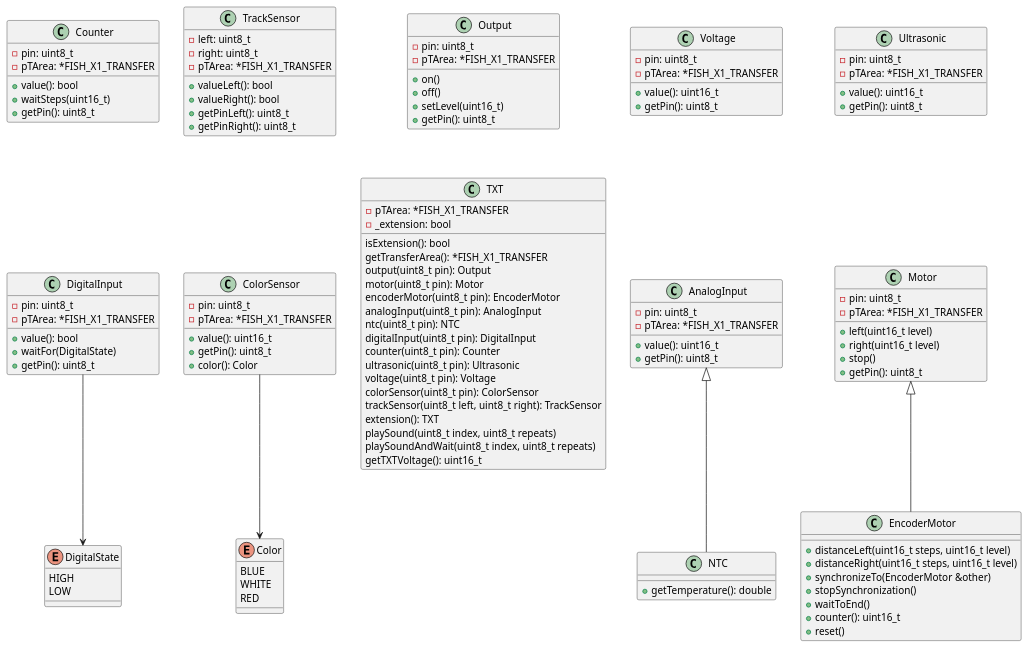
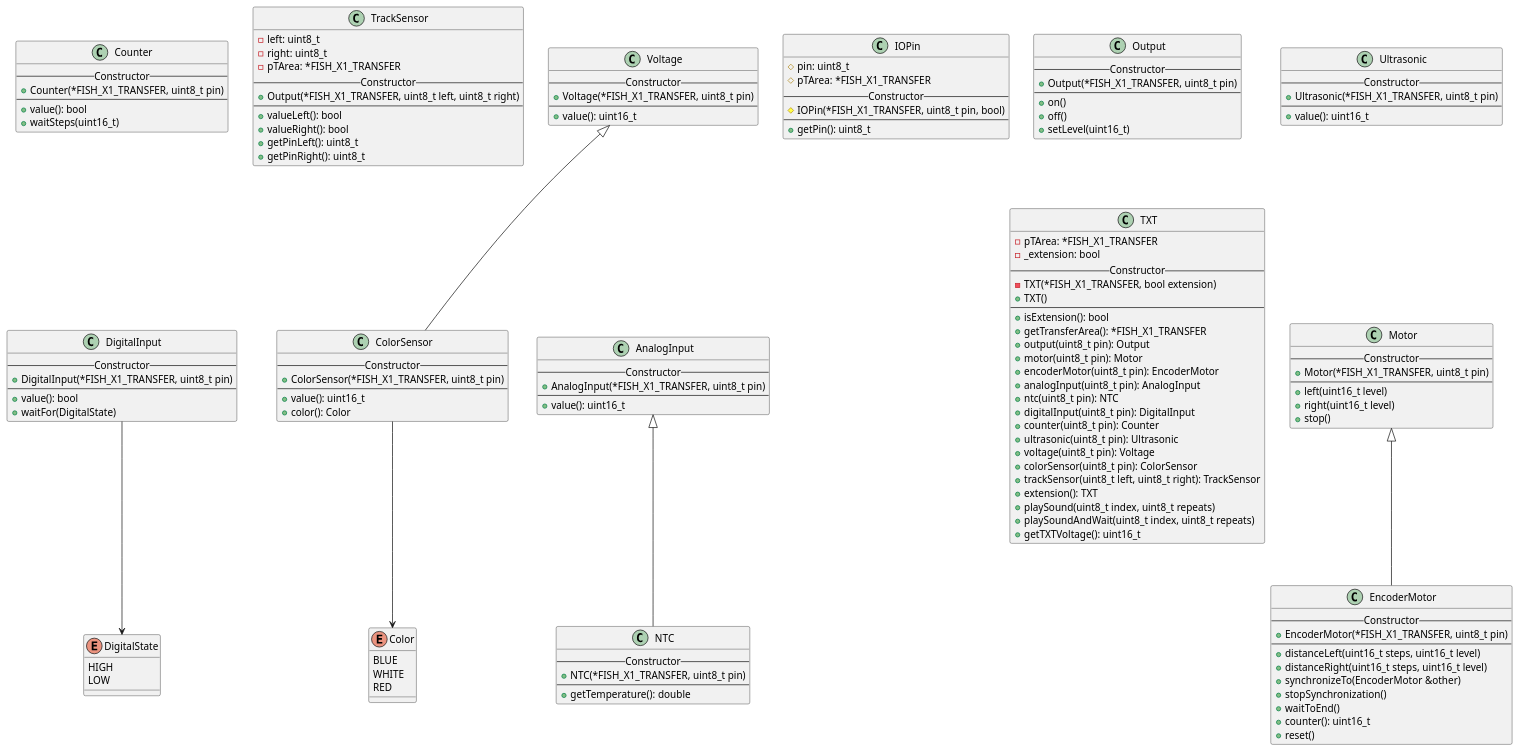
Before and after one commit to SchmidJoel/FischertechnikTXTApi: the first of 5 diagrams in documentation/api.pu, drawn with PlantUML. The commit also changed other lines of this file and 5 other files, not shown here.

Commit message:
updated Diagrams

```diff
--- a/documentation/api.pu
+++ b/documentation/api.pu
@@ -1,144 +1,158 @@
 @startuml low-level-api
+
+class IOPin {
+    #pin: uint8_t
+    #pTArea: *FISH_X1_TRANSFER
+    --Constructor--
+    #IOPin(*FISH_X1_TRANSFER, uint8_t pin, bool)
+    ----
+    +getPin(): uint8_t
+}
+
 class Output {
-    -pin: uint8_t
-    -pTArea: *FISH_X1_TRANSFER
-
+    --Constructor--
+    +Output(*FISH_X1_TRANSFER, uint8_t pin)
+    ----
     +on()
     +off()
     +setLevel(uint16_t)
-    +getPin(): uint8_t
 }
 
 class DigitalInput {
-    -pin: uint8_t
-    -pTArea: *FISH_X1_TRANSFER
-
+    --Constructor--
+    +DigitalInput(*FISH_X1_TRANSFER, uint8_t pin)
+    ----
     +value(): bool
     +waitFor(DigitalState)
-    +getPin(): uint8_t
 }
 
 class Counter {
-    -pin: uint8_t
-    -pTArea: *FISH_X1_TRANSFER
-
+    --Constructor--
+    +Counter(*FISH_X1_TRANSFER, uint8_t pin)
+    ----
     +value(): bool
     +waitSteps(uint16_t)
-    +getPin(): uint8_t
 }
 
 class AnalogInput {
-    -pin: uint8_t
-    -pTArea: *FISH_X1_TRANSFER
-
+    --Constructor--
+    +AnalogInput(*FISH_X1_TRANSFER, uint8_t pin)
+    ----
     +value(): uint16_t
-    +getPin(): uint8_t
 }
 
 class NTC {
+    --Constructor--
+    +NTC(*FISH_X1_TRANSFER, uint8_t pin)
+    ----
     +getTemperature(): double
 }
 
 class Ultrasonic {
-    -pin: uint8_t
-    -pTArea: *FISH_X1_TRANSFER
-
+    --Constructor--
+    +Ultrasonic(*FISH_X1_TRANSFER, uint8_t pin)
+    ----
     +value(): uint16_t
-    +getPin(): uint8_t
 }
 
 class ColorSensor {
-    -pin: uint8_t
-    -pTArea: *FISH_X1_TRANSFER
-
+    --Constructor--
+    +ColorSensor(*FISH_X1_TRANSFER, uint8_t pin)
+    ----
     +value(): uint16_t
-    +getPin(): uint8_t
     +color(): Color
 }
 
 class Voltage {
-    -pin: uint8_t
-    -pTArea: *FISH_X1_TRANSFER
-
+    --Constructor--
+    +Voltage(*FISH_X1_TRANSFER, uint8_t pin)
+    ----
     +value(): uint16_t
-    +getPin(): uint8_t
 }
 
 class TrackSensor {
     -left: uint8_t
     -right: uint8_t
     -pTArea: *FISH_X1_TRANSFER
-
+    --Constructor--
+    +Output(*FISH_X1_TRANSFER, uint8_t left, uint8_t right)
+    ----
     +valueLeft(): bool
     +valueRight(): bool
     +getPinLeft(): uint8_t
     +getPinRight(): uint8_t
 }
 
 class Motor {
-    -pin: uint8_t
-    -pTArea: *FISH_X1_TRANSFER
-
+    --Constructor--
+    +Motor(*FISH_X1_TRANSFER, uint8_t pin)
+    ----
     +left(uint16_t level)
     +right(uint16_t level)
     +stop()
-    +getPin(): uint8_t
 }
 
 class EncoderMotor {
+    --Constructor--
+    +EncoderMotor(*FISH_X1_TRANSFER, uint8_t pin)
+    ----
     +distanceLeft(uint16_t steps, uint16_t level)
     +distanceRight(uint16_t steps, uint16_t level)
     +synchronizeTo(EncoderMotor &other)
     +stopSynchronization()
     +waitToEnd()
     +counter(): uint16_t
     +reset()
 }
 
 class TXT {
     -pTArea: *FISH_X1_TRANSFER
     -_extension: bool
-
-    isExtension(): bool
-    getTransferArea(): *FISH_X1_TRANSFER
-    output(uint8_t pin): Output
-    motor(uint8_t pin): Motor
-    encoderMotor(uint8_t pin): EncoderMotor
-    analogInput(uint8_t pin): AnalogInput
-    ntc(uint8_t pin): NTC
-    digitalInput(uint8_t pin): DigitalInput
-    counter(uint8_t pin): Counter
-    ultrasonic(uint8_t pin): Ultrasonic
-    voltage(uint8_t pin): Voltage
-    colorSensor(uint8_t pin): ColorSensor
-    trackSensor(uint8_t left, uint8_t right): TrackSensor
-    extension(): TXT
-    playSound(uint8_t index, uint8_t repeats)
-    playSoundAndWait(uint8_t index, uint8_t repeats)
-    getTXTVoltage(): uint16_t
+    --Constructor--
+    -TXT(*FISH_X1_TRANSFER, bool extension)
+    +TXT()
+    ----
+    +isExtension(): bool
+    +getTransferArea(): *FISH_X1_TRANSFER
+    +output(uint8_t pin): Output
+    +motor(uint8_t pin): Motor
+    +encoderMotor(uint8_t pin): EncoderMotor
+    +analogInput(uint8_t pin): AnalogInput
+    +ntc(uint8_t pin): NTC
+    +digitalInput(uint8_t pin): DigitalInput
+    +counter(uint8_t pin): Counter
+    +ultrasonic(uint8_t pin): Ultrasonic
+    +voltage(uint8_t pin): Voltage
+    +colorSensor(uint8_t pin): ColorSensor
+    +trackSensor(uint8_t left, uint8_t right): TrackSensor
+    +extension(): TXT
+    +playSound(uint8_t index, uint8_t repeats)
+    +playSoundAndWait(uint8_t index, uint8_t repeats)
+    +getTXTVoltage(): uint16_t
 }
 
 enum Color {
     BLUE
     WHITE
     RED
 }
 
 enum DigitalState {
     HIGH
     LOW
 }
 
 AnalogInput <|-- NTC
+Voltage <|-- ColorSensor
 Motor <|-- EncoderMotor
 
 ColorSensor --> Color
 DigitalInput --> DigitalState
 
 Voltage -[hidden]-> AnalogInput
 TrackSensor -[hidden]-> ColorSensor
 Counter -[hidden]-> DigitalInput
 Ultrasonic -[hidden]-> Motor
 Output -[hidden]-> TXT
 Counter -[hidden]> TrackSensor
 @enduml
```
